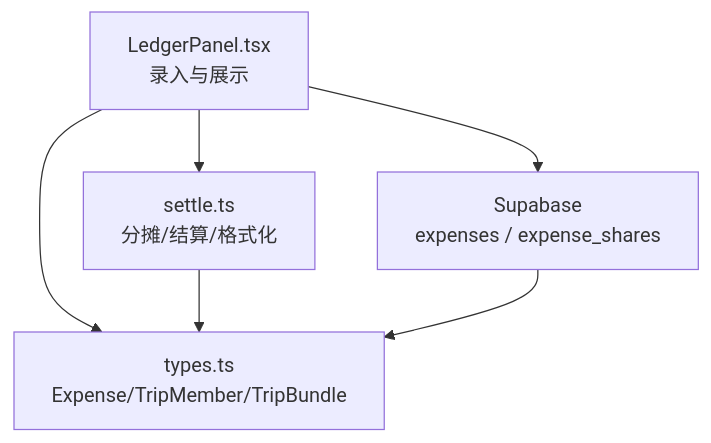
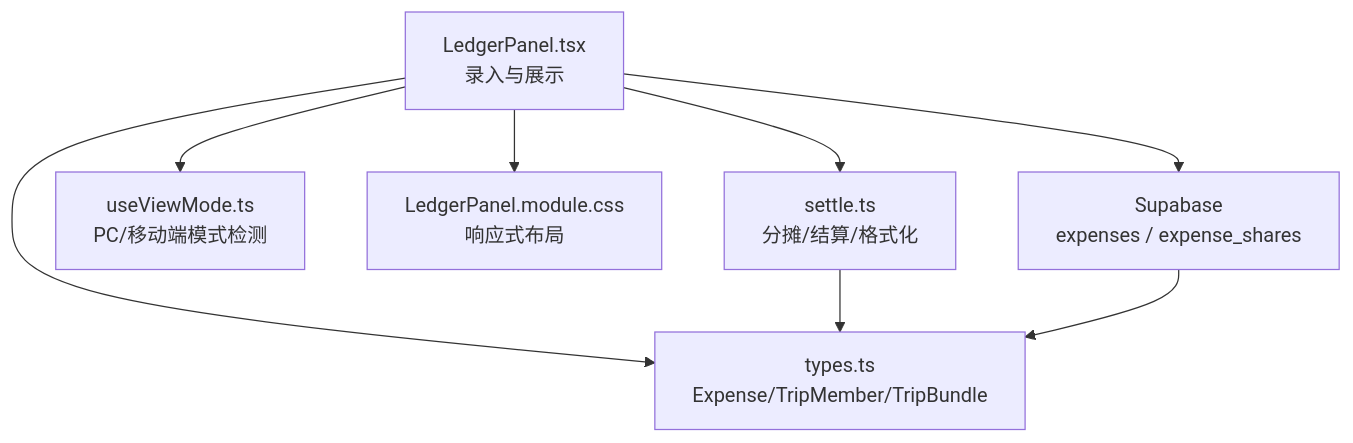
The first of 8 diagrams in .qoder/repowiki/zh/content/核心功能模块/费用管理模块.md (huangyilu/wanwuyishi), drawn with Mermaid before and after one commit. The commit also changed other lines of this file and 103 other files, not shown here.

````diff
--- a/.qoder/repowiki/zh/content/核心功能模块/费用管理模块.md
+++ b/.qoder/repowiki/zh/content/核心功能模块/费用管理模块.md
@@ -42,8 +54,10 @@
 ```mermaid
 graph TB
 UI["LedgerPanel.tsx<br/>录入与展示"] --> Domain["settle.ts<br/>分摊/结算/格式化"]
 UI --> Types["types.ts<br/>Expense/TripMember/TripBundle"]
+UI --> ViewMode["useViewMode.ts<br/>PC/移动端模式检测"]
+UI --> Styles["LedgerPanel.module.css<br/>响应式布局"]
 UI --> DB["Supabase<br/>expenses / expense_shares"]
 Domain --> Types
 DB --> Types
 ```
````
